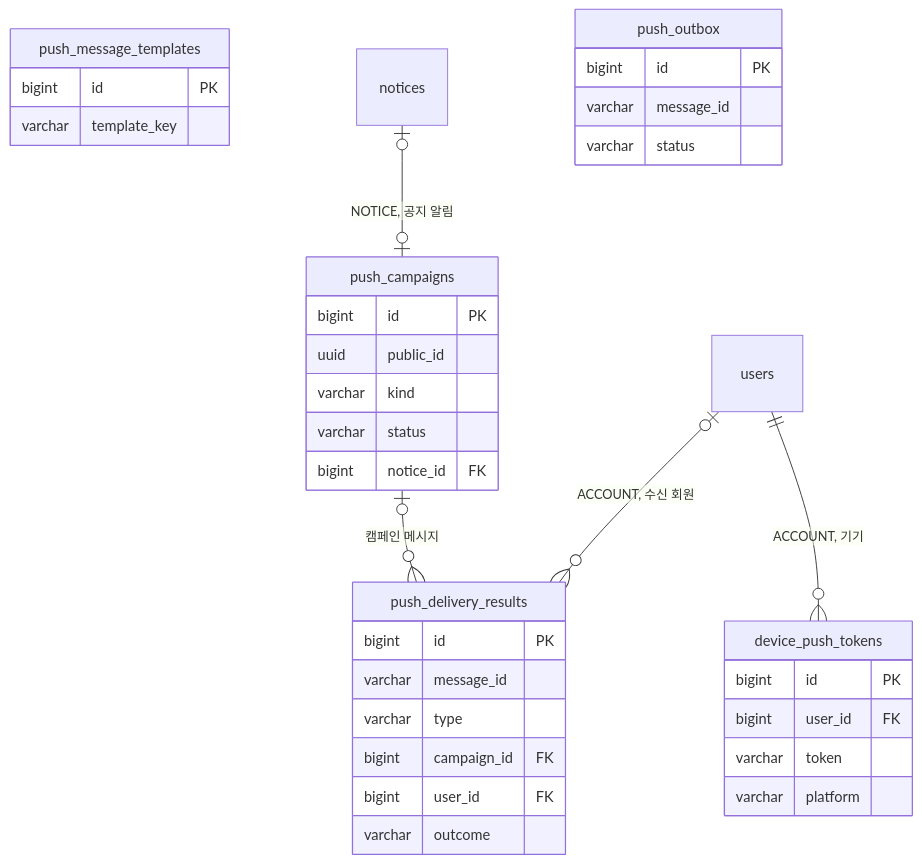
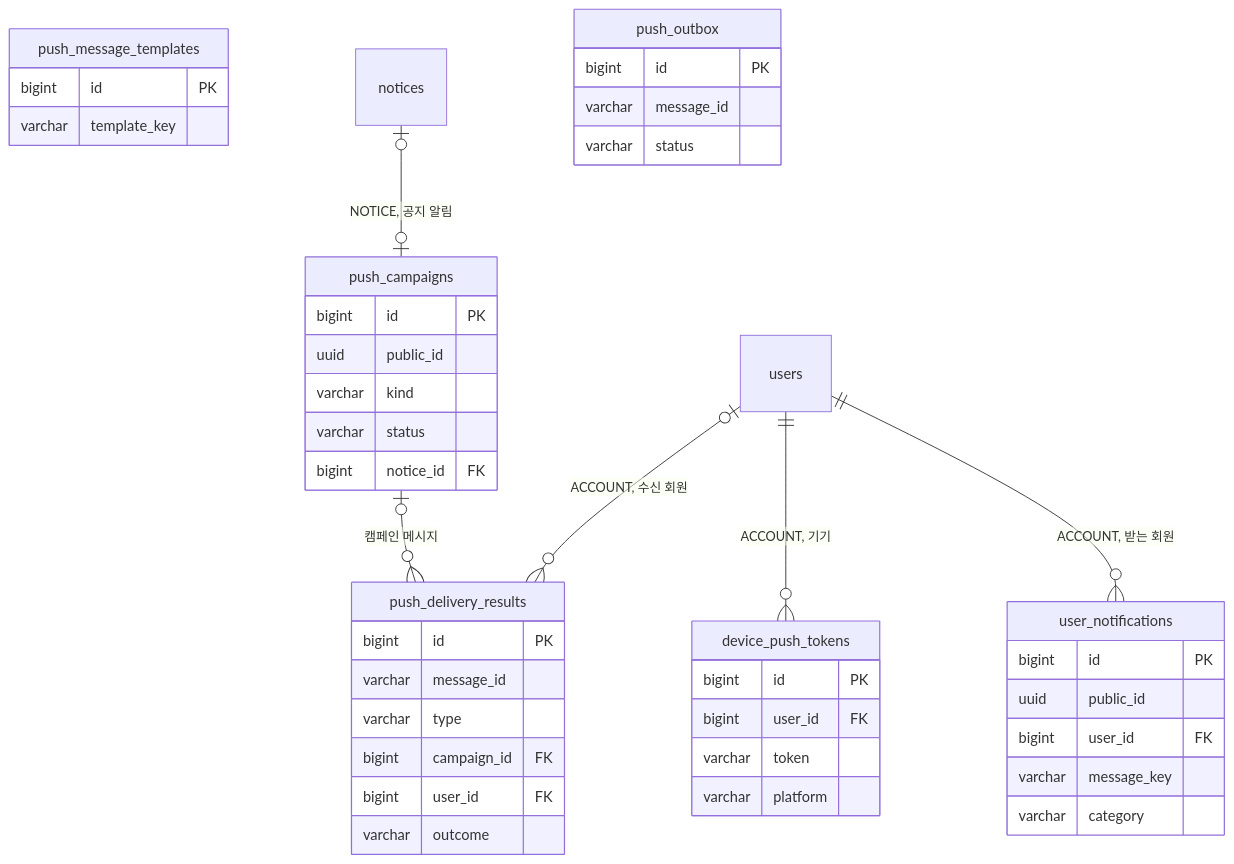
Before and after one commit to KIM-N-KANG/knk-harness: the diagram in docs/domain/NOTIFICATION/BACKEND/3-2-DB-SCHEMA.md, drawn with Mermaid. The commit also changed other lines of this file and 18 other files, not shown here.

````diff
--- a/docs/domain/NOTIFICATION/BACKEND/3-2-DB-SCHEMA.md
+++ b/docs/domain/NOTIFICATION/BACKEND/3-2-DB-SCHEMA.md
@@ -26,37 +26,45 @@
 ```mermaid
 erDiagram
     users ||--o{ device_push_tokens : "ACCOUNT, 기기"
     device_push_tokens {
         bigint id PK
         bigint user_id FK
         varchar token
         varchar platform
+    }
+    users ||--o{ user_notifications : "ACCOUNT, 받는 회원"
+    user_notifications {
+        bigint id PK
+        uuid public_id
+        bigint user_id FK
+        varchar message_key
+        varchar category
     }
     push_message_templates {
         bigint id PK
         varchar template_key
     }
     notices |o--o| push_campaigns : "NOTICE, 공지 알림"
     push_campaigns {
         bigint id PK
         uuid public_id
         varchar kind
         varchar status
         bigint notice_id FK
     }
     push_outbox {
         bigint id PK
         varchar message_id
         varchar status
     }
     push_campaigns |o--o{ push_delivery_results : "캠페인 메시지"
     users |o--o{ push_delivery_results : "ACCOUNT, 수신 회원"
     push_delivery_results {
         bigint id PK
         varchar message_id
         varchar type
         bigint campaign_id FK
         bigint user_id FK
         varchar outcome
     }
 ```
````
